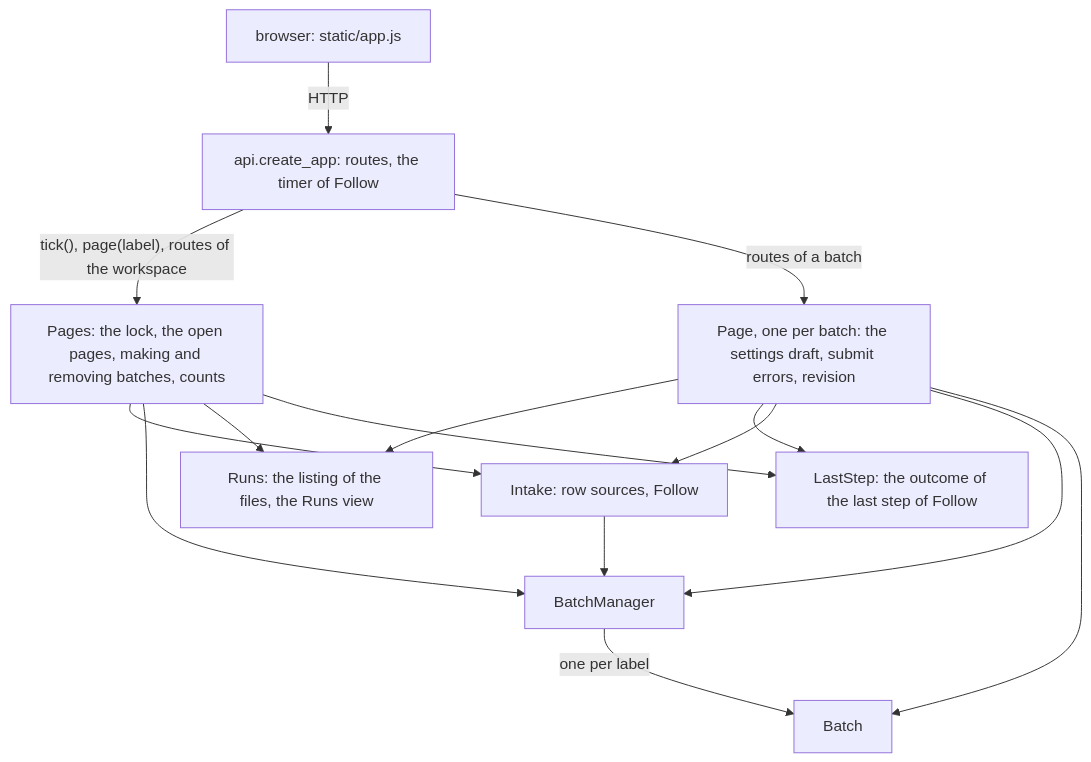
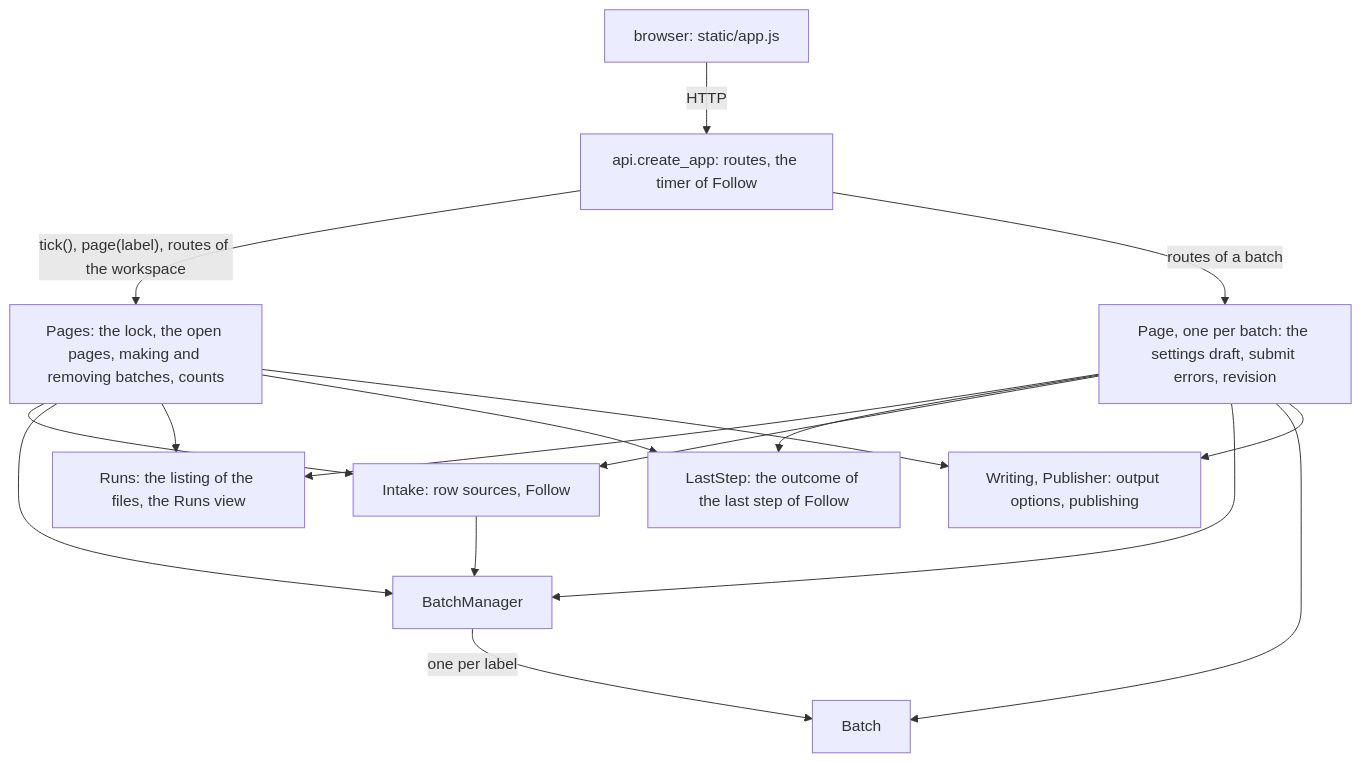
The first of 2 diagrams in packages/essbatch/src/ess/batch/web/README.md (scipp/essapps), drawn with Mermaid before and after one commit. The commit also changed other lines of this file and 1 other file, not shown here.

First line of the commit message:
Complete the page's README: Writing, the revision, the URL of show

````diff
--- a/packages/essbatch/src/ess/batch/web/README.md
+++ b/packages/essbatch/src/ess/batch/web/README.md
@@ -30,26 +30,29 @@
 ```mermaid
 flowchart TD
     browser["browser: static/app.js"]
     api["api.create_app: routes, the timer of Follow"]
     pages["Pages: the lock, the open pages, making and removing batches, counts"]
     runs["Runs: the listing of the files, the Runs view"]
     last_step["LastStep: the outcome of the last step of Follow"]
     page["Page, one per batch: the settings draft, submit errors, revision"]
     intake["Intake: row sources, Follow"]
+    writing["Writing, Publisher: output options, publishing"]
     manager["BatchManager"]
     batch["Batch"]
     browser -->|HTTP| api
     api -->|"tick(), page(label), routes of the workspace"| pages
     api -->|routes of a batch| page
     pages --> intake
     pages --> manager
     pages --> runs
     pages --> last_step
+    pages --> writing
     page --> runs
     page --> last_step
     page --> intake
     page --> manager
     page --> batch
+    page --> writing
     intake --> manager
     manager -->|one per label| batch
 ```
````
